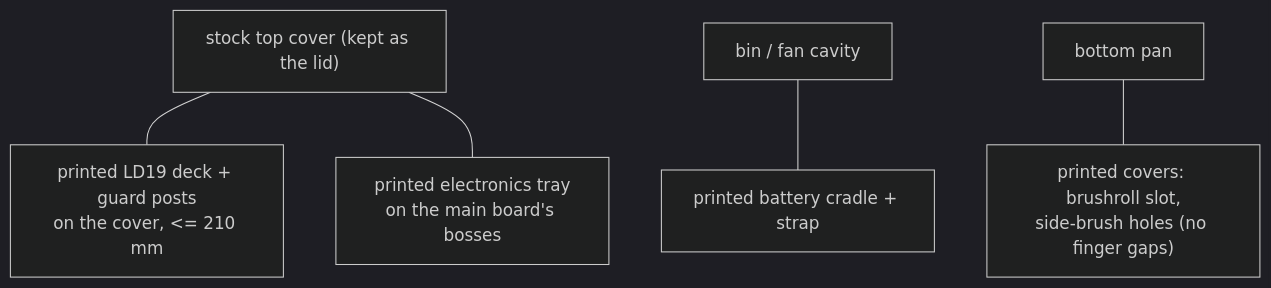
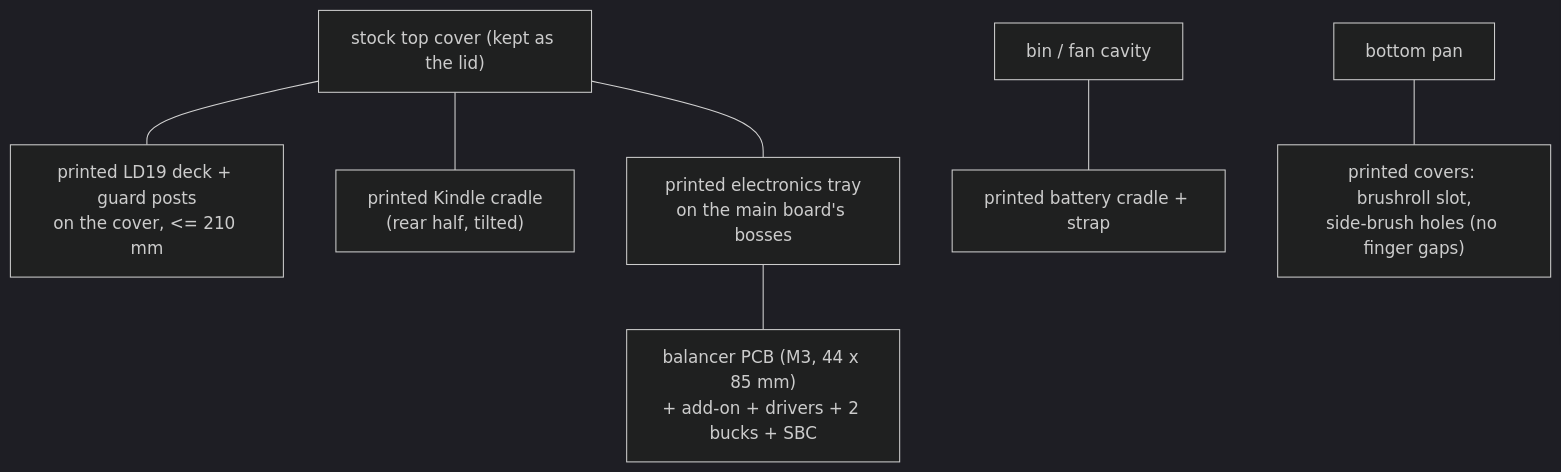
The seventh of 7 diagrams in docs/shark-platform-plan.md (nespotts/self_balancing_robot_3), drawn with Mermaid (dark theme) before and after one commit. The commit also changed other lines of this file, not shown here.

First line of the commit message:
Shark plan: reuse the spare balancer PCB, Orange Pi Zero 3W, Kindle display (#80)

````diff
--- a/docs/shark-platform-plan.md
+++ b/docs/shark-platform-plan.md
@@ -455,7 +623,9 @@
 ```mermaid
 flowchart TB
   TOP["stock top cover (kept as the lid)"] --- DECK["printed LD19 deck + guard posts<br>on the cover, <= 210 mm"]
+  TOP --- KC["printed Kindle cradle<br>(rear half, tilted)"]
   TOP --- TRAY["printed electronics tray<br>on the main board's bosses"]
+  TRAY --- PCB["balancer PCB (M3, 44 x 85 mm)<br>+ add-on + drivers + 2 bucks + SBC"]
   BAY["bin / fan cavity"] --- CRAD["printed battery cradle + strap"]
   BOT["bottom pan"] --- COV["printed covers: brushroll slot,<br>side-brush holes (no finger gaps)"]
 ```
````
